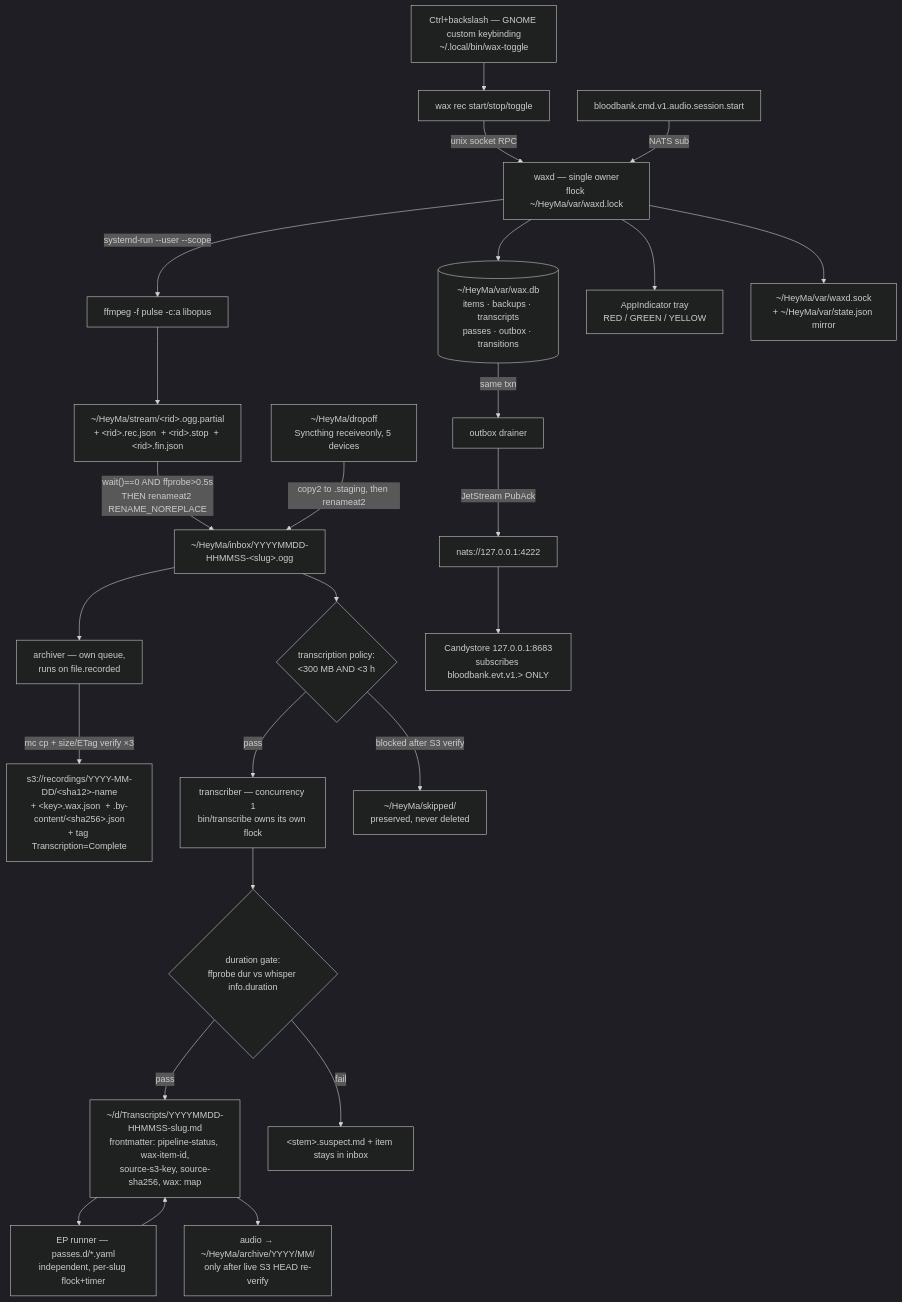
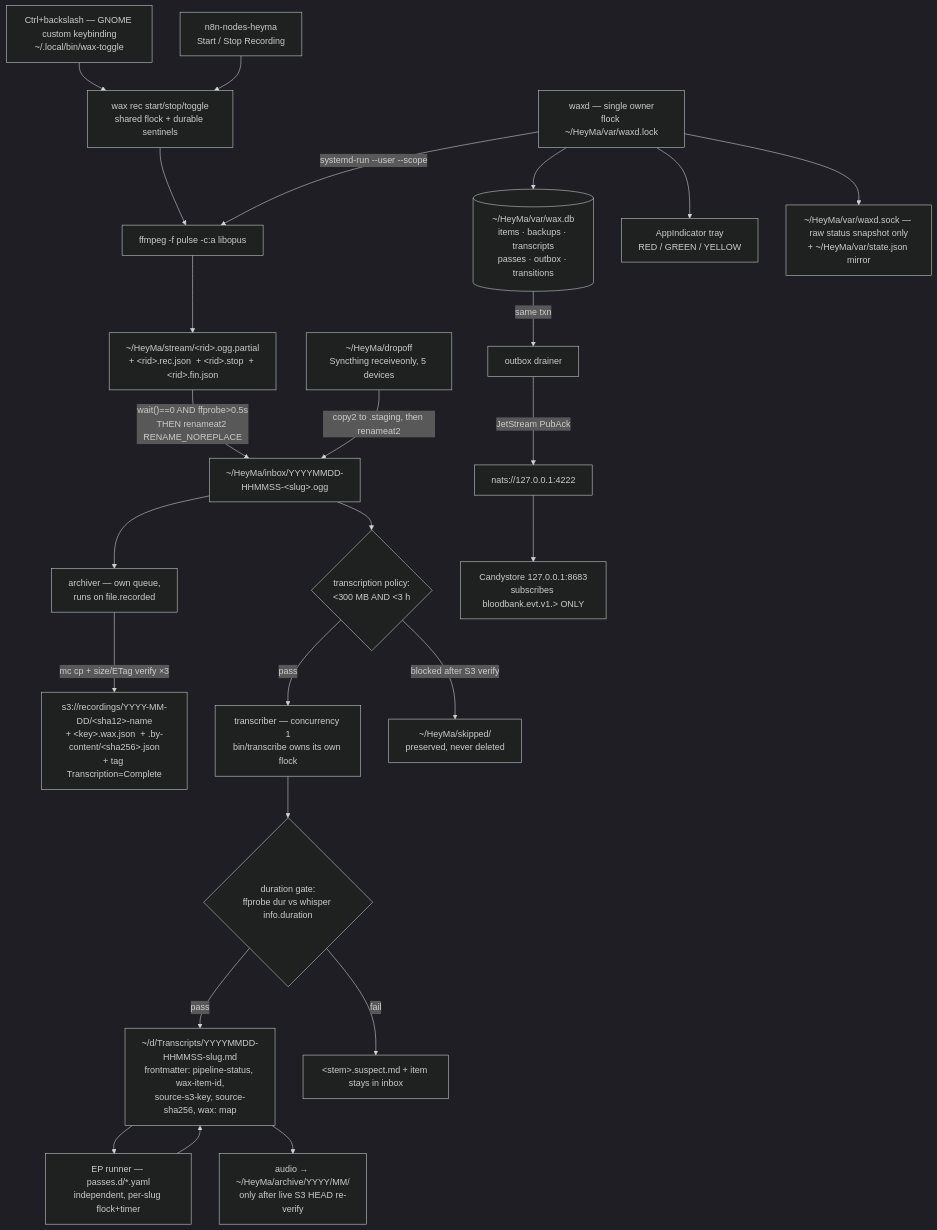
One commit to delorenj/HeyMa changed the first of 3 diagrams in components/wax/docs/WAX-DESIGN.md. Above: the diagram before and after it, drawn with Mermaid (dark theme). The commit also changed other lines of this file and 15 other files, not shown here.

Commit message:
feat(n8n): add HeyMa recording control node

````diff
--- a/components/wax/docs/WAX-DESIGN.md
+++ b/components/wax/docs/WAX-DESIGN.md
@@ -28,32 +28,32 @@
 ```mermaid
 flowchart TB
   HK["Ctrl+backslash — GNOME custom keybinding<br/>~/.local/bin/wax-toggle"] --> CLI
-  CLI["wax rec start/stop/toggle"] -->|unix socket RPC| D
-  CMD["bloodbank.cmd.v1.audio.session.start"] -->|NATS sub| D
+  N8N["n8n-nodes-heyma<br/>Start / Stop Recording"] --> CLI
+  CLI["wax rec start/stop/toggle<br/>shared flock + durable sentinels"] --> FF
 
   D["waxd — single owner<br/>flock ~/HeyMa/var/waxd.lock"]
   D -->|systemd-run --user --scope| FF["ffmpeg -f pulse -c:a libopus"]
   FF --> P["~/HeyMa/stream/&lt;rid&gt;.ogg.partial<br/>+ &lt;rid&gt;.rec.json  + &lt;rid&gt;.stop  + &lt;rid&gt;.fin.json"]
   P -->|"wait()==0 AND ffprobe&gt;0.5s<br/>THEN renameat2 RENAME_NOREPLACE"| IN["~/HeyMa/inbox/YYYYMMDD-HHMMSS-&lt;slug&gt;.ogg"]
 
   DROP["~/HeyMa/dropoff<br/>Syncthing receiveonly, 5 devices"] -->|copy2 to .staging, then renameat2| IN
 
   IN --> ARCH["archiver — own queue,<br/>runs on file.recorded"]
   ARCH -->|"mc cp + size/ETag verify ×3"| S3["s3://recordings/YYYY-MM-DD/&lt;sha12&gt;-name<br/>+ &lt;key&gt;.wax.json  + .by-content/&lt;sha256&gt;.json<br/>+ tag Transcription=Complete"]
   IN --> POLICY{"transcription policy:<br/>&lt;300 MB AND &lt;3 h"}
   POLICY -->|pass| TR["transcriber — concurrency 1<br/>bin/transcribe owns its own flock"]
   POLICY -->|blocked after S3 verify| SKIP["~/HeyMa/skipped/<br/>preserved, never deleted"]
   TR --> GATE{"duration gate:<br/>ffprobe dur vs whisper info.duration"}
   GATE -->|pass| MD["~/d/Transcripts/YYYYMMDD-HHMMSS-slug.md<br/>frontmatter: pipeline-status, wax-item-id,<br/>source-s3-key, source-sha256, wax: map"]
   GATE -->|fail| SUS["&lt;stem&gt;.suspect.md + item stays in inbox"]
   MD --> EP["EP runner — passes.d/*.yaml<br/>independent, per-slug flock+timer"]
   EP --> MD
   MD --> ARCHIVE["audio → ~/HeyMa/archive/YYYY/MM/<br/>only after live S3 HEAD re-verify"]
 
   D --> LED[("~/HeyMa/var/wax.db<br/>items · backups · transcripts<br/>passes · outbox · transitions")]
   LED -->|same txn| OUT["outbox drainer"]
   OUT -->|JetStream PubAck| NATS["nats://127.0.0.1:4222"]
   NATS --> CS["Candystore 127.0.0.1:8683<br/>subscribes bloodbank.evt.v1.&gt; ONLY"]
   D --> TRAY["AppIndicator tray<br/>RED / GREEN / YELLOW"]
-  D --> SOCK["~/HeyMa/var/waxd.sock<br/>+ ~/HeyMa/var/state.json mirror"]
+  D --> SOCK["~/HeyMa/var/waxd.sock — raw status snapshot only<br/>+ ~/HeyMa/var/state.json mirror"]
 ```
````
